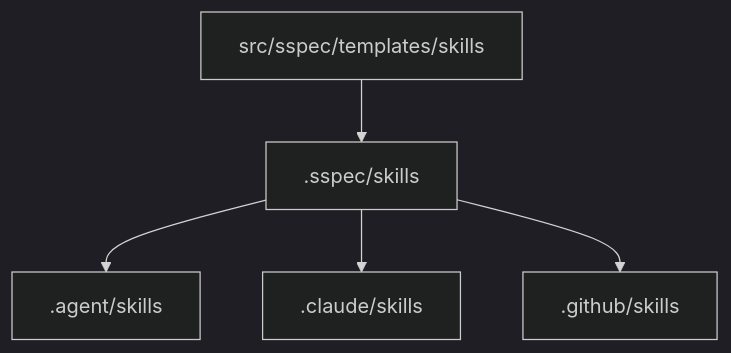
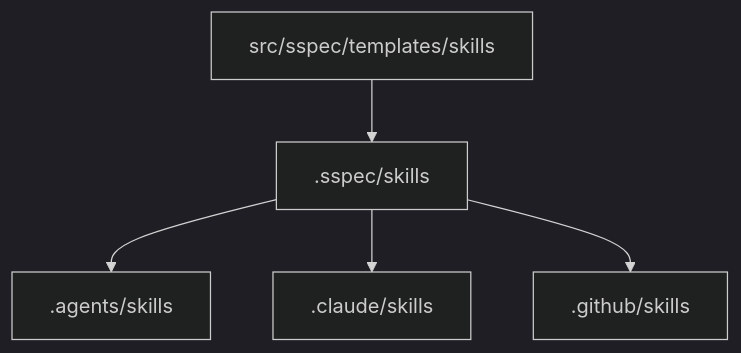
The diagram in .sspec/spec-docs/skill-installation.md (frostime/simpe-spec), drawn with Mermaid (dark theme) before and after one commit. The commit also changed other lines of this file and 12 other files, not shown here.

````diff
--- a/.sspec/spec-docs/skill-installation.md
+++ b/.sspec/spec-docs/skill-installation.md
@@ -30,7 +32,7 @@
 ```mermaid
 graph TD
     T[src/sspec/templates/skills] --> H[.sspec/skills]
-    H --> A[.agent/skills]
+    H --> A[.agents/skills]
     H --> C[.claude/skills]
     H --> G[.github/skills]
 ```
````
